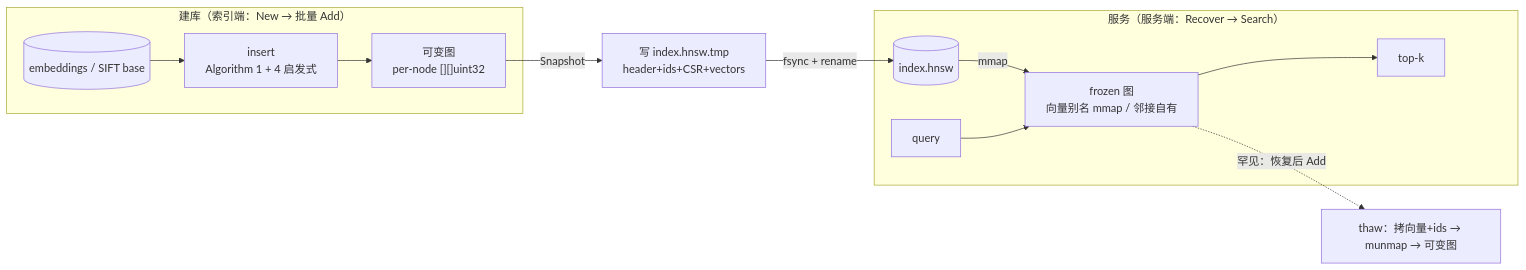
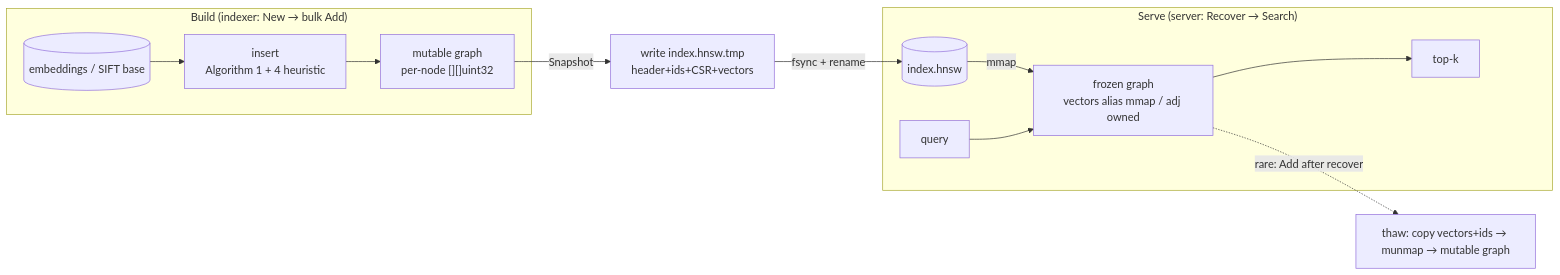
One commit to AndyUneducated/repo-sage changed the first of 2 diagrams in docs/plans/phase-4-hnsw-v2.md. Above: the diagram before and after it, drawn with Mermaid. The commit also changed other lines of this file and 14 other files, not shown here.

````diff
--- a/docs/plans/phase-4-hnsw-v2.md
+++ b/docs/plans/phase-4-hnsw-v2.md
@@ -127,15 +127,15 @@
 ```mermaid
 flowchart LR
-  subgraph Build["建库（索引端：New → 批量 Add）"]
-    Vecs[(embeddings / SIFT base)] --> Insert["insert<br/>Algorithm 1 + 4 启发式"]
-    Insert --> Mem["可变图<br/>per-node [][]uint32"]
+  subgraph Build["Build (indexer: New → bulk Add)"]
+    Vecs[(embeddings / SIFT base)] --> Insert["insert<br/>Algorithm 1 + 4 heuristic"]
+    Insert --> Mem["mutable graph<br/>per-node [][]uint32"]
   end
-  Mem -->|Snapshot| Tmp["写 index.hnsw.tmp<br/>header+ids+CSR+vectors"]
+  Mem -->|Snapshot| Tmp["write index.hnsw.tmp<br/>header+ids+CSR+vectors"]
   Tmp -->|fsync + rename| Snap[(index.hnsw)]
-  subgraph Serve["服务（服务端：Recover → Search）"]
-    Snap -->|mmap| Frozen["frozen 图<br/>向量别名 mmap / 邻接自有"]
+  subgraph Serve["Serve (server: Recover → Search)"]
+    Snap -->|mmap| Frozen["frozen graph<br/>vectors alias mmap / adj owned"]
     Q[query] --> Frozen
     Frozen --> Hits[top-k]
   end
-  Frozen -.->|"罕见：恢复后 Add"| Thaw["thaw：拷向量+ids → munmap → 可变图"]
+  Frozen -.->|"rare: Add after recover"| Thaw["thaw: copy vectors+ids → munmap → mutable graph"]
 ```
````
